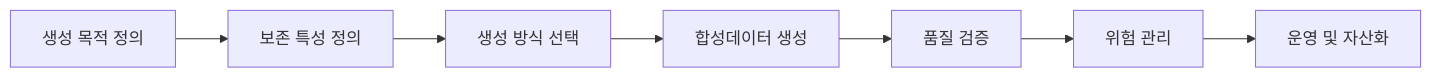
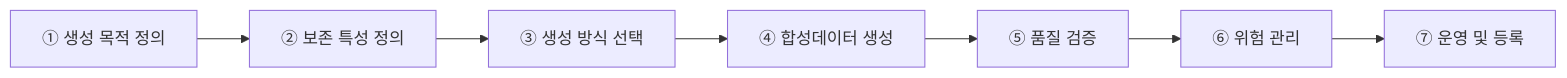
Before and after one commit to jin-kearney/ai-ready-data-manual: the fifth of 5 diagrams in 가이드 작성/E-2 합성데이터/E-2 합성데이터_0623.md, drawn with Mermaid. The commit also changed other lines of this file, not shown here.

Commit message:
Update E-2 합성데이터_0623.md

````diff
--- a/가이드 작성/E-2 합성데이터/E-2 합성데이터_0623.md
+++ b/가이드 작성/E-2 합성데이터/E-2 합성데이터_0623.md
@@ -705,11 +594,11 @@
 ```mermaid
 flowchart LR
 
-A["생성 목적 정의"]
---> B["보존 특성 정의"]
---> C["생성 방식 선택"]
---> D["합성데이터 생성"]
---> E["품질 검증"]
---> F["위험 관리"]
---> G["운영 및 자산화"]
+A["① 생성 목적 정의"]
+--> B["② 보존 특성 정의"]
+--> C["③ 생성 방식 선택"]
+--> D["④ 합성데이터 생성"]
+--> E["⑤ 품질 검증"]
+--> F["⑥ 위험 관리"]
+--> G["⑦ 운영 및 등록"]
 ```
````
